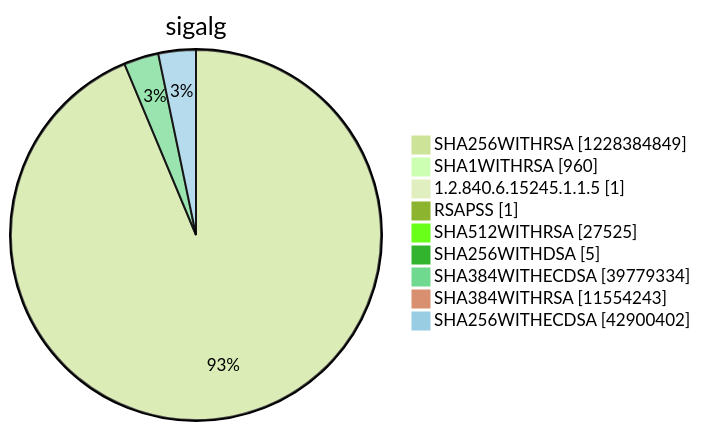
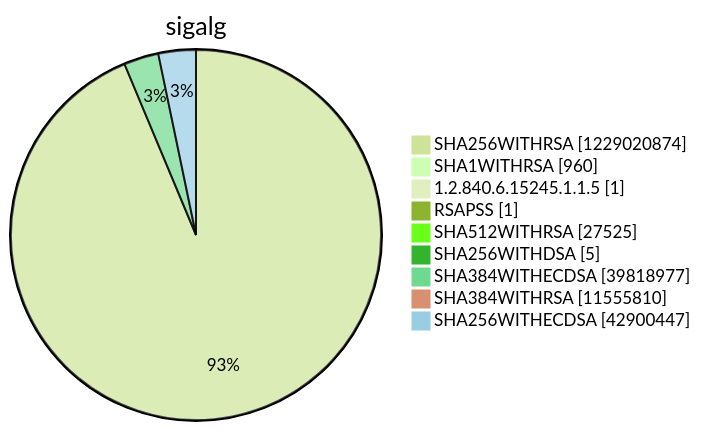
Diagram 15 of 15 in argon2022/README.md (christiankrug/ctmonitor_visualization), drawn with Mermaid (forest theme) before and after one commit. The commit also changed other lines of this file, not shown here.

````diff
--- a/argon2022/README.md
+++ b/argon2022/README.md
@@ -5522,13 +5522,13 @@
 ```mermaid
 pie showData
 title sigalg
-"SHA256WITHRSA" :1228384849
+"SHA256WITHRSA" :1229020874
 "SHA1WITHRSA" :960
 "1.2.840.6.15245.1.1.5" :1
 "RSAPSS" :1
 "SHA512WITHRSA" :27525
 "SHA256WITHDSA" :5
-"SHA384WITHECDSA" :39779334
-"SHA384WITHRSA" :11554243
-"SHA256WITHECDSA" :42900402
+"SHA384WITHECDSA" :39818977
+"SHA384WITHRSA" :11555810
+"SHA256WITHECDSA" :42900447
 ```
````
